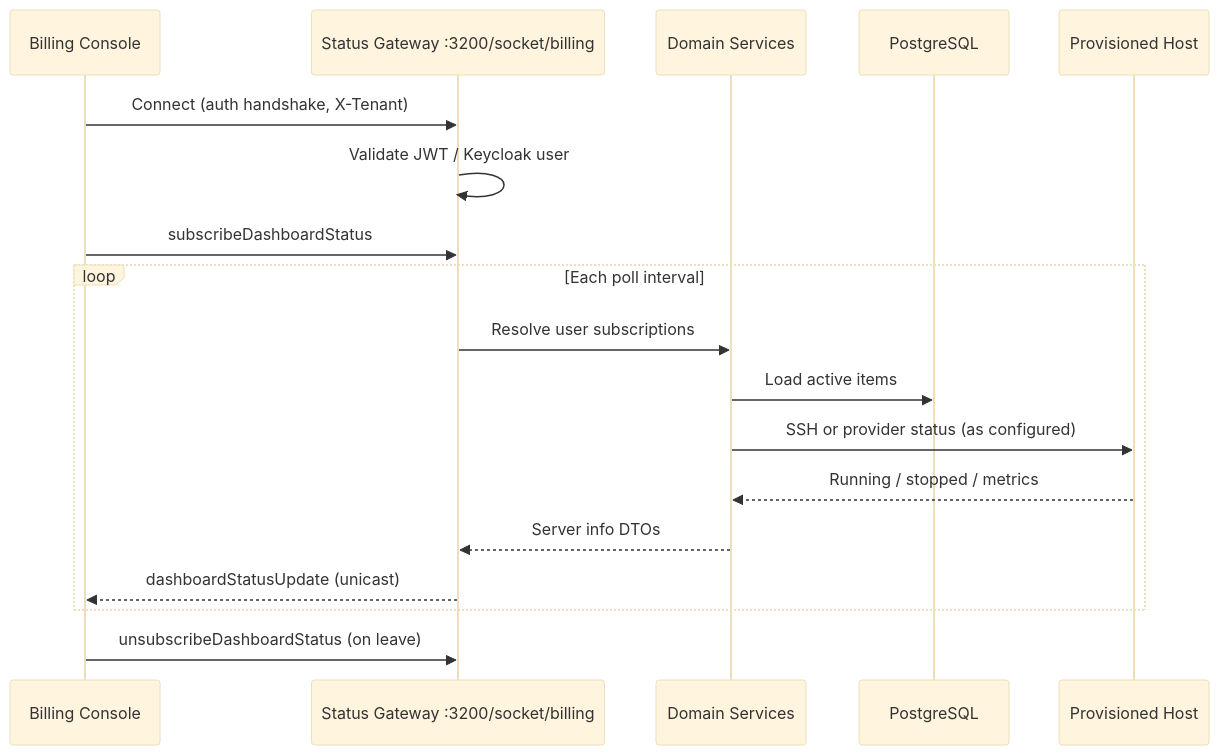
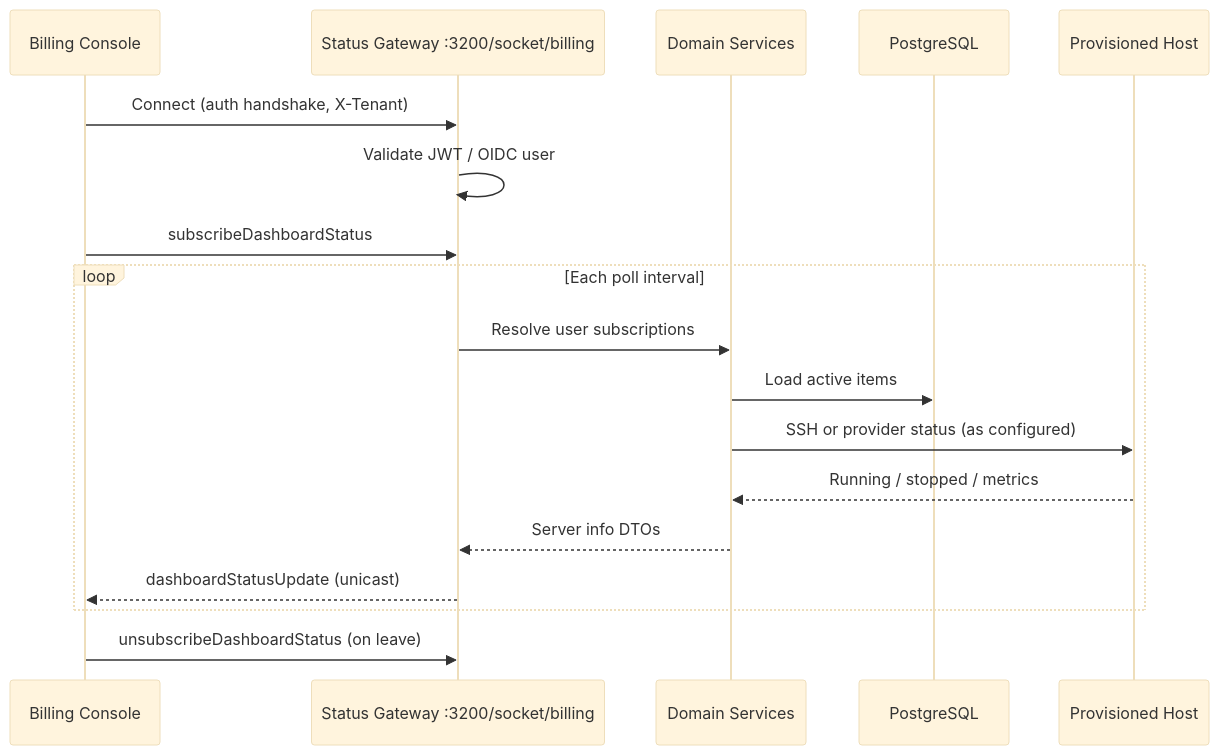
The third of 9 diagrams in docs/decabill/architecture/data-flow.md (forepath/one), drawn with Mermaid (base theme) before and after one commit. The commit also changed 402 other files, not shown here.

````diff
--- a/docs/decabill/architecture/data-flow.md
+++ b/docs/decabill/architecture/data-flow.md
@@ -64,21 +64,21 @@
 ```mermaid
 sequenceDiagram
     participant C as Billing Console
     participant W as Status Gateway :3200/socket/billing
     participant S as Domain Services
     participant DB as PostgreSQL
     participant H as Provisioned Host
 
     C->>W: Connect (auth handshake, X-Tenant)
-    W->>W: Validate JWT / Keycloak user
+    W->>W: Validate JWT / OIDC user
     C->>W: subscribeDashboardStatus
     loop Each poll interval
         W->>S: Resolve user subscriptions
         S->>DB: Load active items
         S->>H: SSH or provider status (as configured)
         H-->>S: Running / stopped / metrics
         S-->>W: Server info DTOs
         W-->>C: dashboardStatusUpdate (unicast)
     end
     C->>W: unsubscribeDashboardStatus (on leave)
 ```
````
